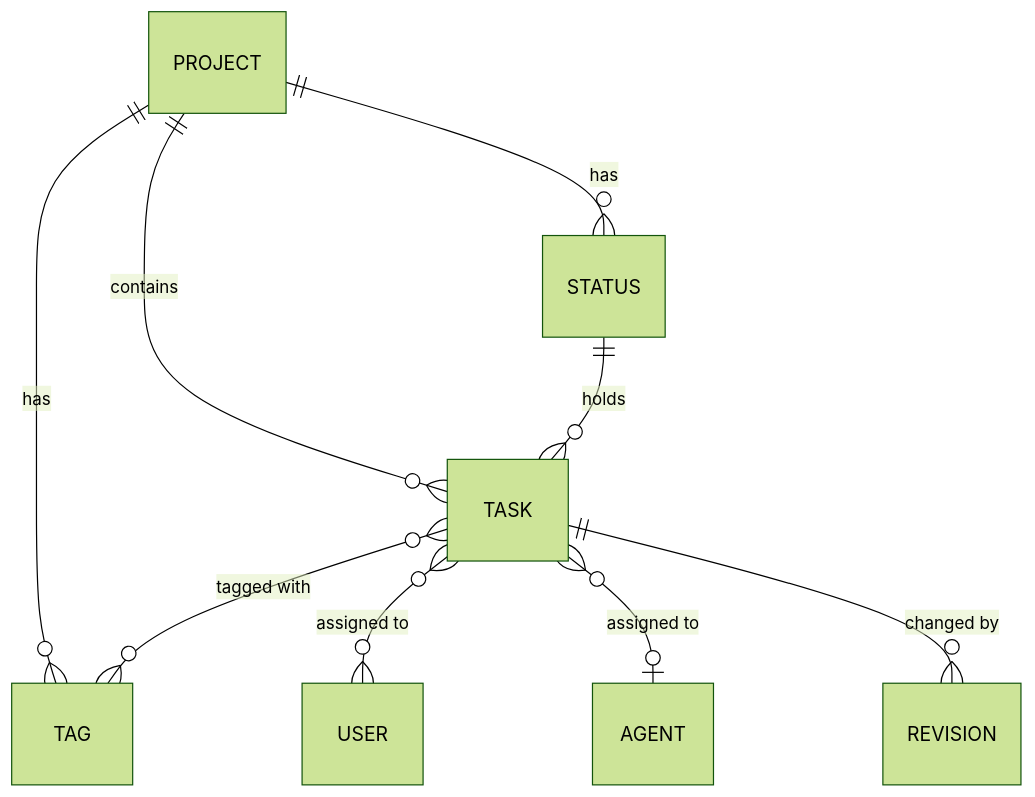
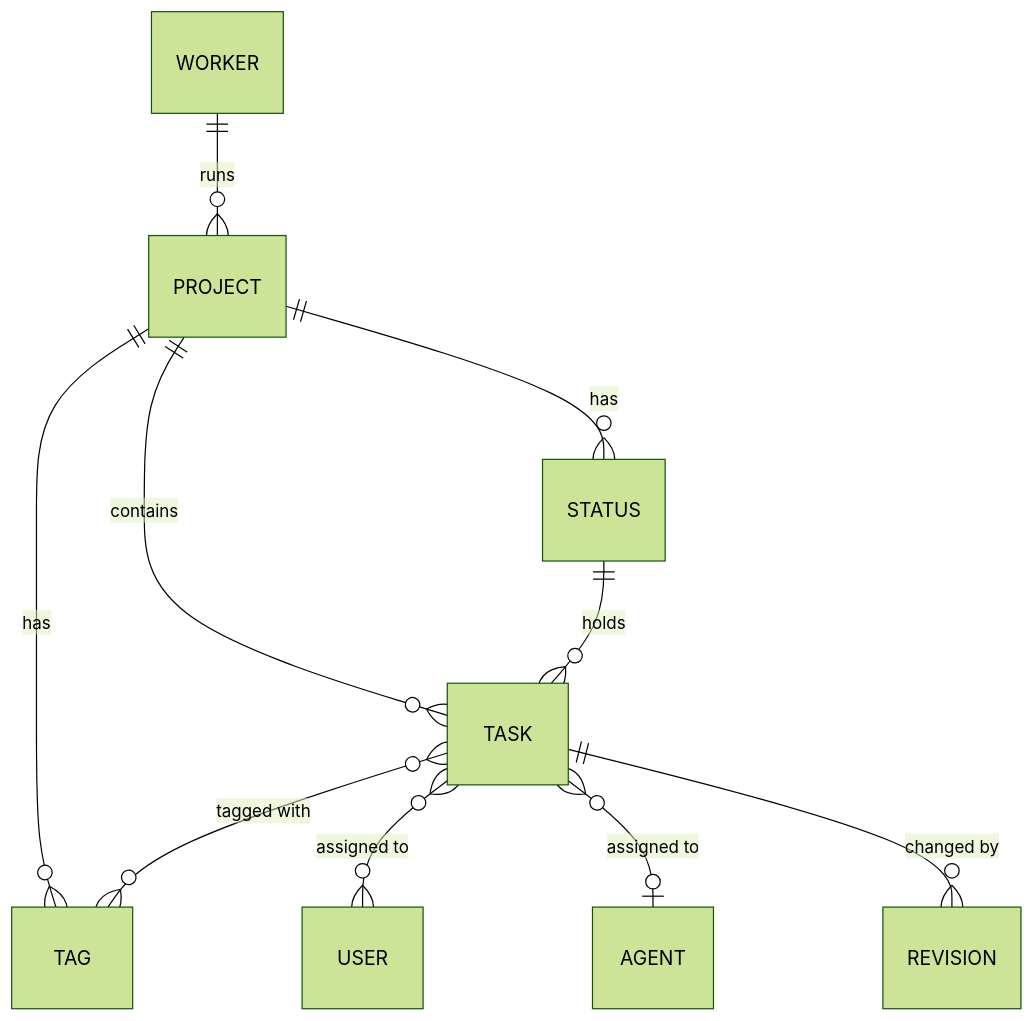
One commit to mceck/claude-task changed the first of 2 diagrams in docs/specs/board.md. Above: the diagram before and after it, drawn with Mermaid (forest theme). The commit also changed other lines of this file and 95 other files, not shown here.

````diff
--- a/docs/specs/board.md
+++ b/docs/specs/board.md
@@ -17,11 +17,12 @@
 ```mermaid
 erDiagram
   PROJECT ||--o{ STATUS : has
   PROJECT ||--o{ TAG : has
   PROJECT ||--o{ TASK : contains
   STATUS ||--o{ TASK : "holds"
   TASK }o--o{ TAG : "tagged with"
   TASK }o--o{ USER : "assigned to"
   TASK }o--o| AGENT : "assigned to"
   TASK ||--o{ REVISION : "changed by"
+  WORKER ||--o{ PROJECT : "runs"
 ```
````
